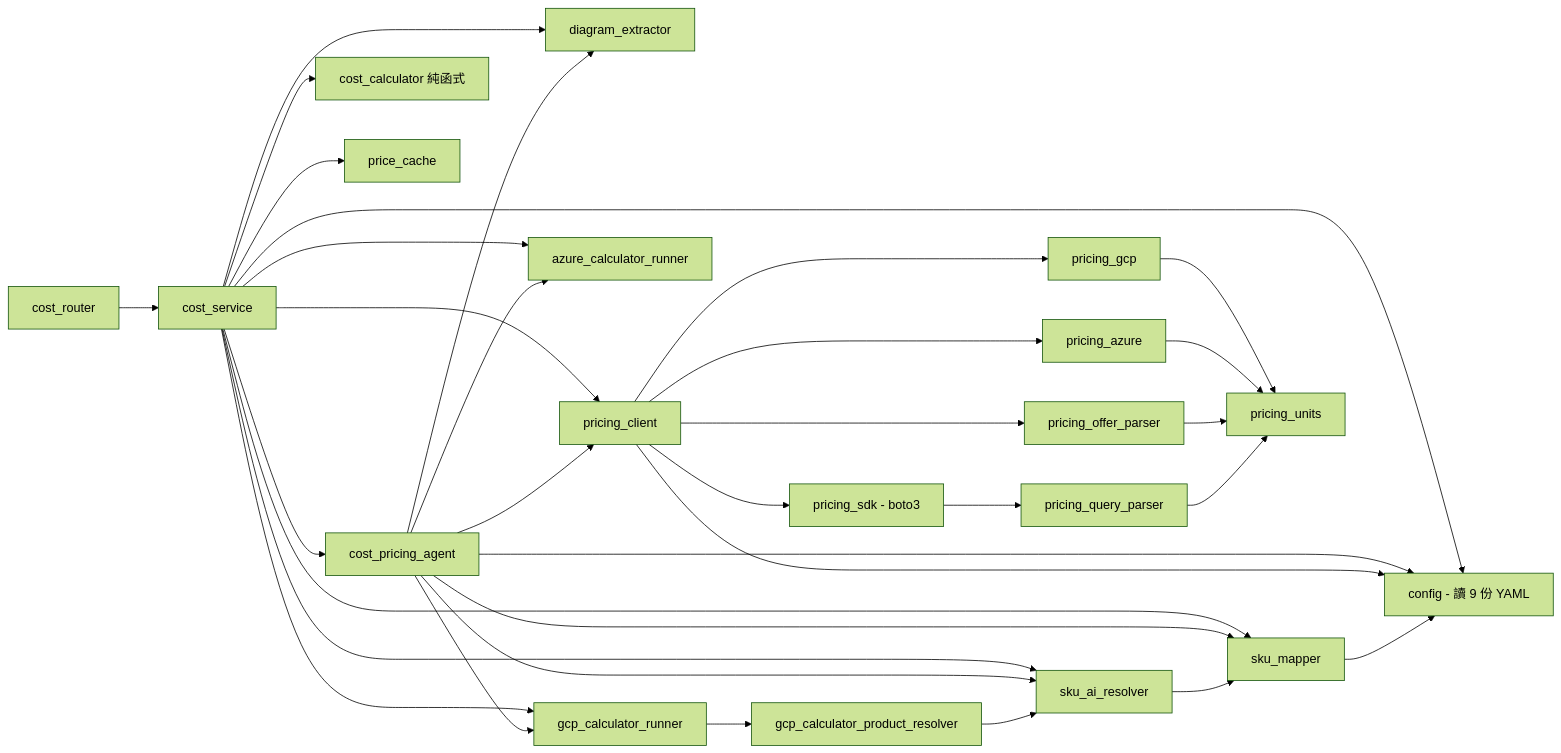
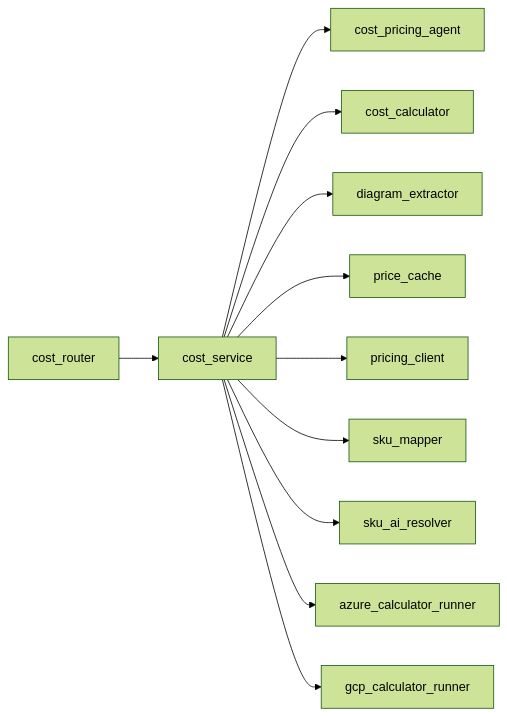
The second of 5 diagrams in aidlc/spaces/default/codekb/cloud/architecture.md (opendiamonds/cloud-360), drawn with Mermaid (forest theme) before and after one commit. The commit also changed other lines of this file and 57 other files, not shown here.

````diff
--- a/aidlc/spaces/default/codekb/cloud/architecture.md
+++ b/aidlc/spaces/default/codekb/cloud/architecture.md
@@ -64,36 +70,13 @@
 ```mermaid
 graph LR
   ROUTER["cost_router"] --> SERVICE["cost_service"]
   SERVICE --> AGENT["cost_pricing_agent"]
-  SERVICE --> CALCPURE["cost_calculator 純函式"]
+  SERVICE --> CALCPURE["cost_calculator"]
   SERVICE --> EXTRACT["diagram_extractor"]
   SERVICE --> CACHE["price_cache"]
   SERVICE --> PCLIENT["pricing_client"]
   SERVICE --> SKU["sku_mapper"]
   SERVICE --> SKUAI["sku_ai_resolver"]
   SERVICE --> AZRUN["azure_calculator_runner"]
   SERVICE --> GCPRUN["gcp_calculator_runner"]
-  AGENT --> PCLIENT
-  AGENT --> SKU
-  AGENT --> SKUAI
-  AGENT --> AZRUN
-  AGENT --> GCPRUN
-  AGENT --> EXTRACT
-  PCLIENT --> PGCP["pricing_gcp"]
-  PCLIENT --> PAZ["pricing_azure"]
-  PCLIENT --> POFFER["pricing_offer_parser"]
-  PCLIENT --> PSDK["pricing_sdk - boto3"]
-  PSDK --> PQUERY["pricing_query_parser"]
-  PGCP --> PUNITS["pricing_units"]
-  PAZ --> PUNITS
-  POFFER --> PUNITS
-  PQUERY --> PUNITS
-  GCPRUN --> GRESOLVE["gcp_calculator_product_resolver"]
-  GRESOLVE --> SKUAI
-  SKUAI --> SKU
-  CONFIG["config - 讀 9 份 YAML"]
-  SERVICE --> CONFIG
-  AGENT --> CONFIG
-  PCLIENT --> CONFIG
-  SKU --> CONFIG
 ```
````
